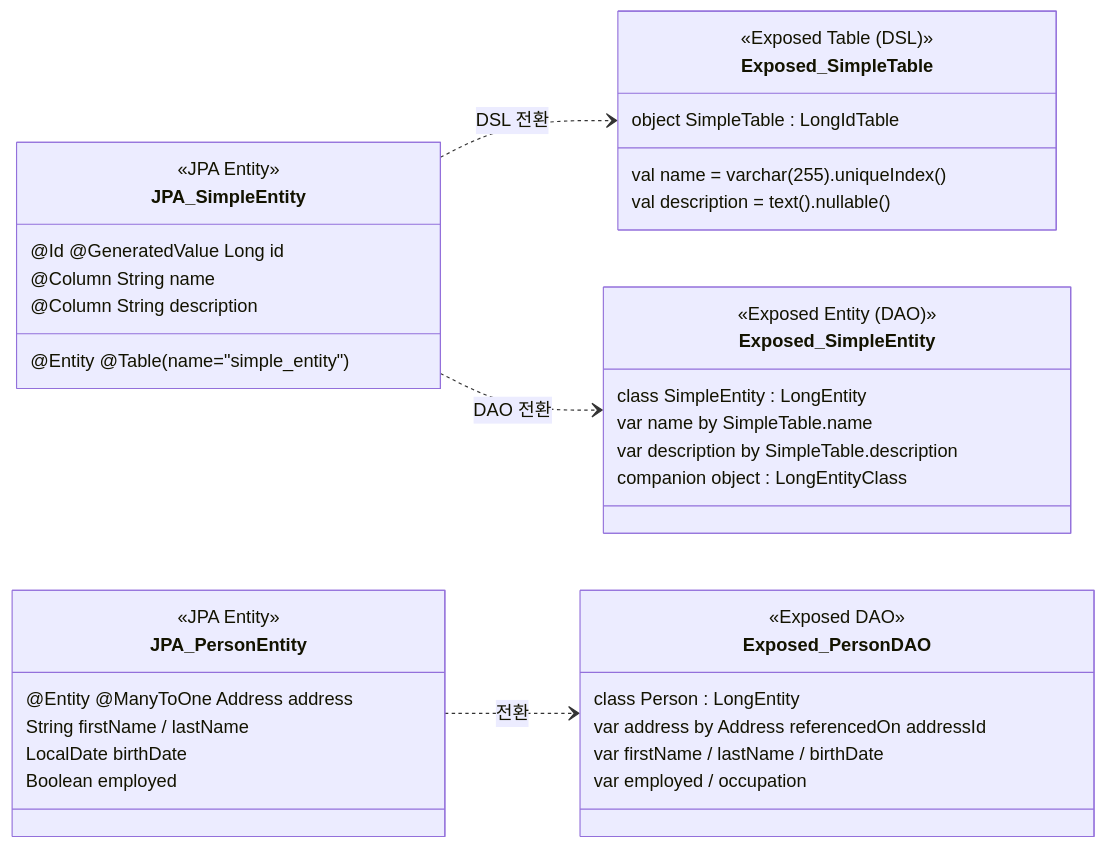
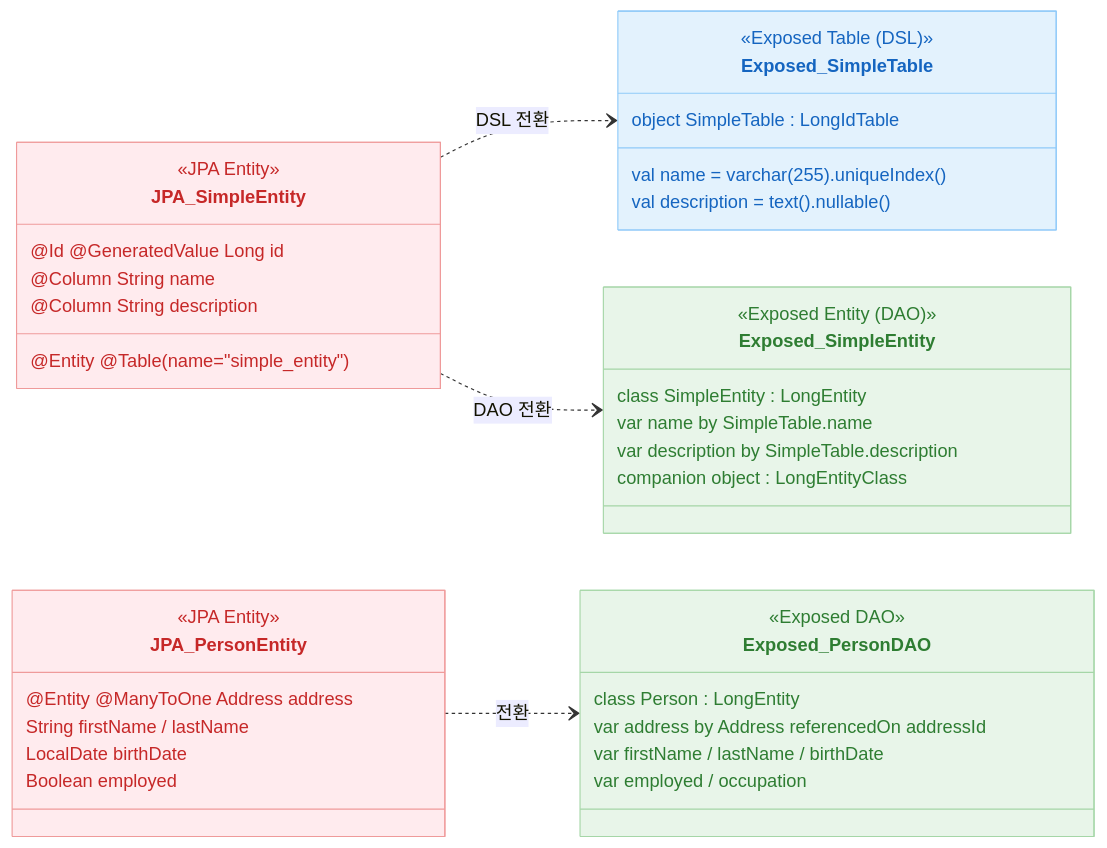
Before and after one commit to bluetape4k/exposed-workshop: the sixth of 6 diagrams in 07-jpa/01-convert-jpa-basic/README.md, drawn with Mermaid. The commit also changed other lines of this file and 56 other files, not shown here.

First line of the commit message:
docs: 전체 README mermaid 다이어그램에 파스텔 톤 색상 적용

````diff
--- a/07-jpa/01-convert-jpa-basic/README.md
+++ b/07-jpa/01-convert-jpa-basic/README.md
@@ -228,44 +235,50 @@
 ```mermaid
 classDiagram
     direction LR
     class JPA_SimpleEntity {
         <<JPA Entity>>
         @Entity @Table(name="simple_entity")
         @Id @GeneratedValue Long id
         @Column String name
         @Column String description
     }
     class Exposed_SimpleTable {
         <<Exposed Table (DSL)>>
         object SimpleTable : LongIdTable
         val name = varchar(255).uniqueIndex()
         val description = text().nullable()
     }
     class Exposed_SimpleEntity {
         <<Exposed Entity (DAO)>>
         class SimpleEntity : LongEntity
         var name by SimpleTable.name
         var description by SimpleTable.description
         companion object : LongEntityClass
     }
 
     JPA_SimpleEntity ..> Exposed_SimpleTable : DSL 전환
     JPA_SimpleEntity ..> Exposed_SimpleEntity : DAO 전환
 
     class JPA_PersonEntity {
         <<JPA Entity>>
         @Entity @ManyToOne Address address
         String firstName / lastName
         LocalDate birthDate
         Boolean employed
     }
     class Exposed_PersonDAO {
         <<Exposed DAO>>
         class Person : LongEntity
         var address by Address referencedOn addressId
         var firstName / lastName / birthDate
         var employed / occupation
     }
 
     JPA_PersonEntity ..> Exposed_PersonDAO : 전환
+
+    style JPA_SimpleEntity fill:#FFEBEE,stroke:#EF9A9A,color:#C62828
+    style Exposed_SimpleTable fill:#E3F2FD,stroke:#90CAF9,color:#1565C0
+    style Exposed_SimpleEntity fill:#E8F5E9,stroke:#A5D6A7,color:#2E7D32
+    style JPA_PersonEntity fill:#FFEBEE,stroke:#EF9A9A,color:#C62828
+    style Exposed_PersonDAO fill:#E8F5E9,stroke:#A5D6A7,color:#2E7D32
 ```
````
